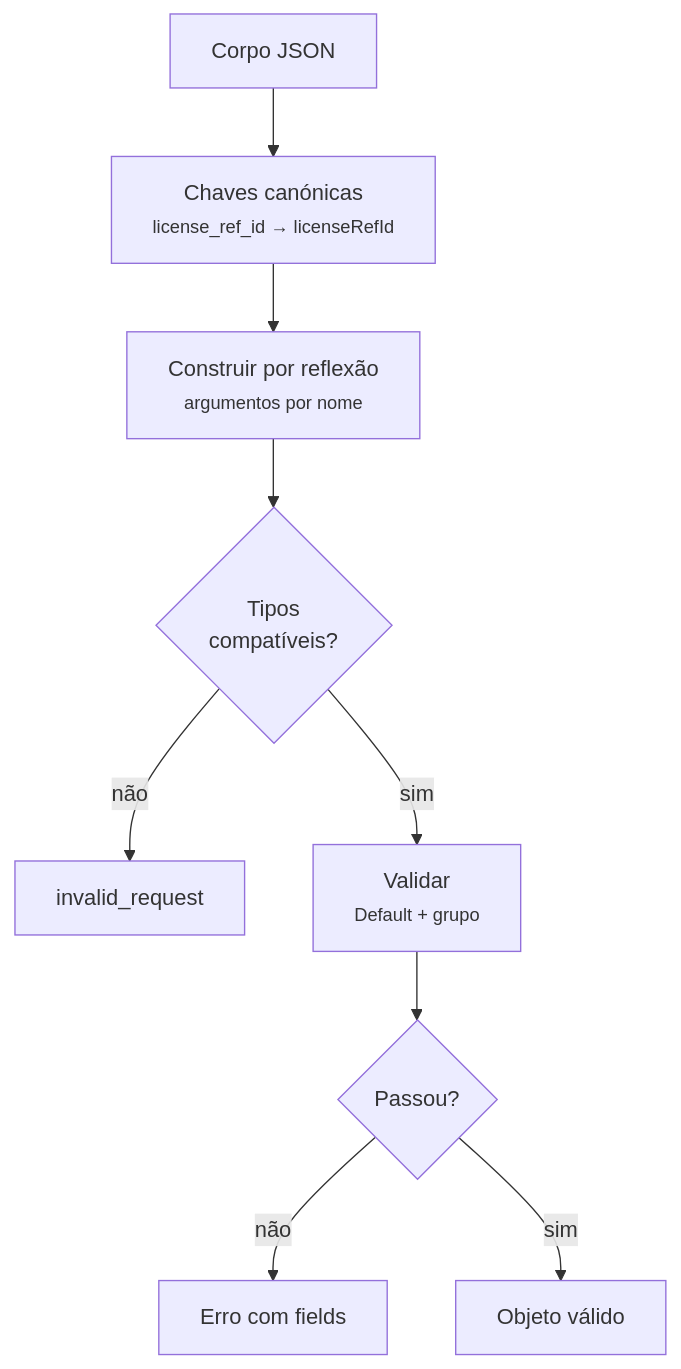
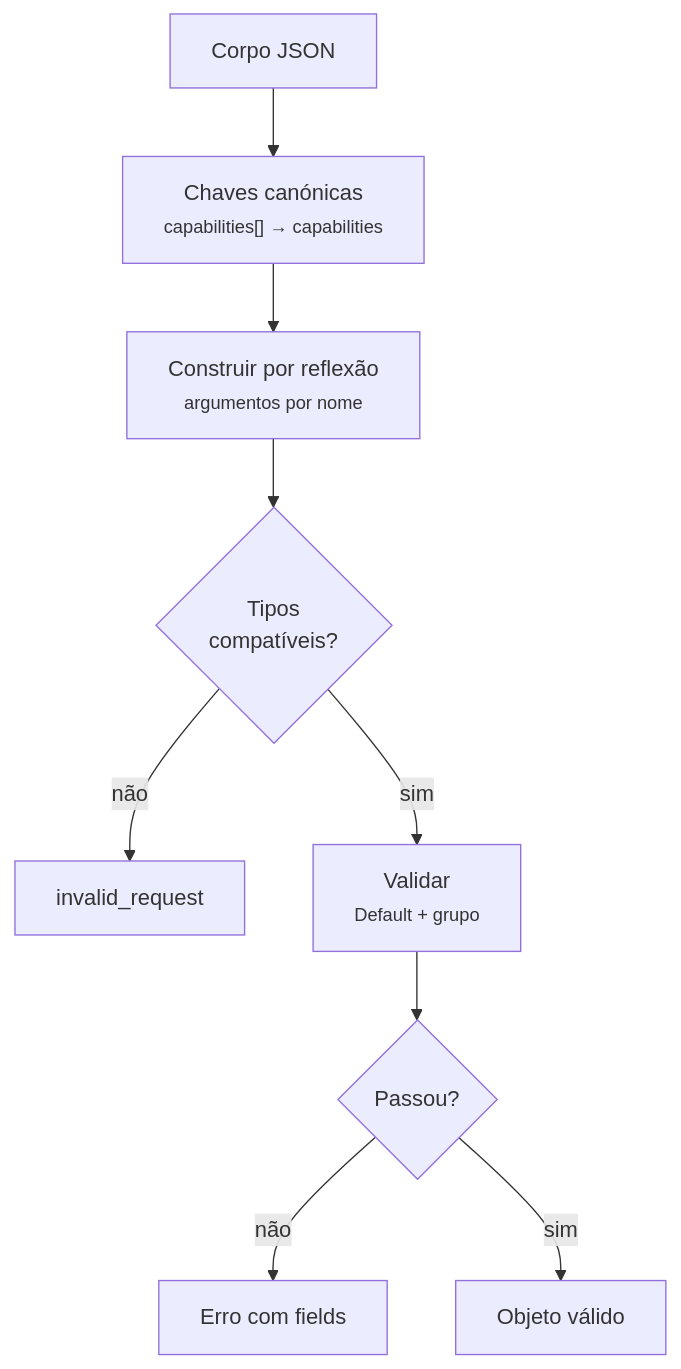
The second of 2 diagrams in docs/09-api.md (hvieira512/havicare-hub), drawn with Mermaid before and after one commit. The commit also changed other lines of this file and 99 other files, not shown here.

````diff
--- a/docs/09-api.md
+++ b/docs/09-api.md
@@ -549,11 +553,11 @@
 ```mermaid
 flowchart TB
-  A["Corpo JSON"] --> B["Chaves canónicas<br/><small>license_ref_id → licenseRefId</small>"]
+  A["Corpo JSON"] --> B["Chaves canónicas<br/><small>capabilities[] → capabilities</small>"]
   B --> C["Construir por reflexão<br/><small>argumentos por nome</small>"]
   C --> D{"Tipos<br/>compatíveis?"}
   D -->|não| E["invalid_request"]
   D -->|sim| F["Validar<br/><small>Default + grupo</small>"]
   F --> G{"Passou?"}
   G -->|não| H["Erro com fields"]
   G -->|sim| I["Objeto válido"]
 ```
````
